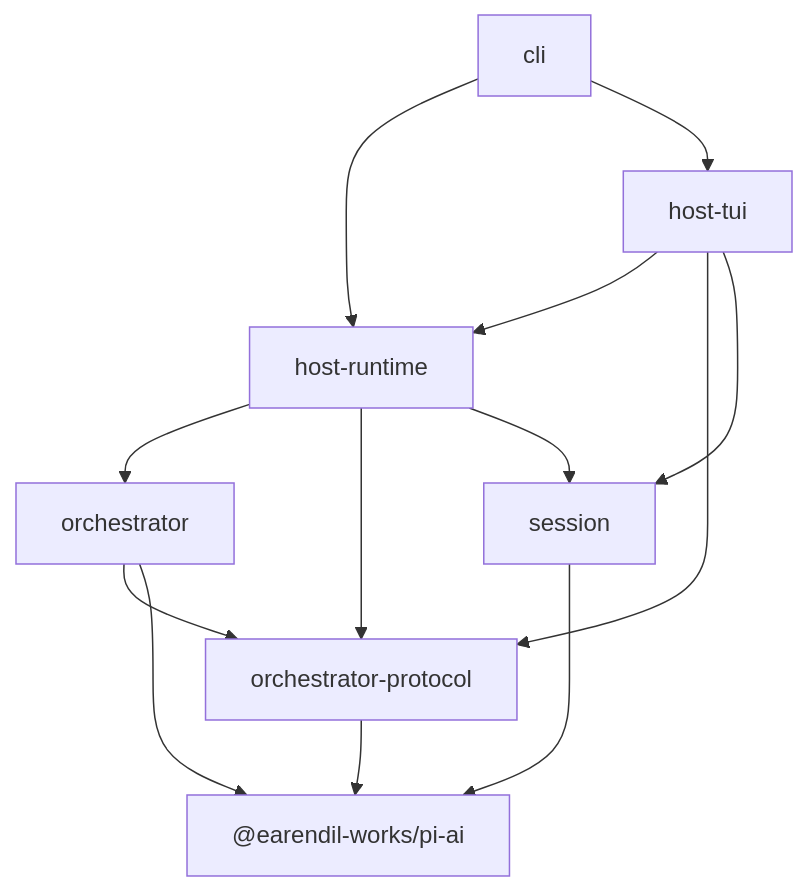
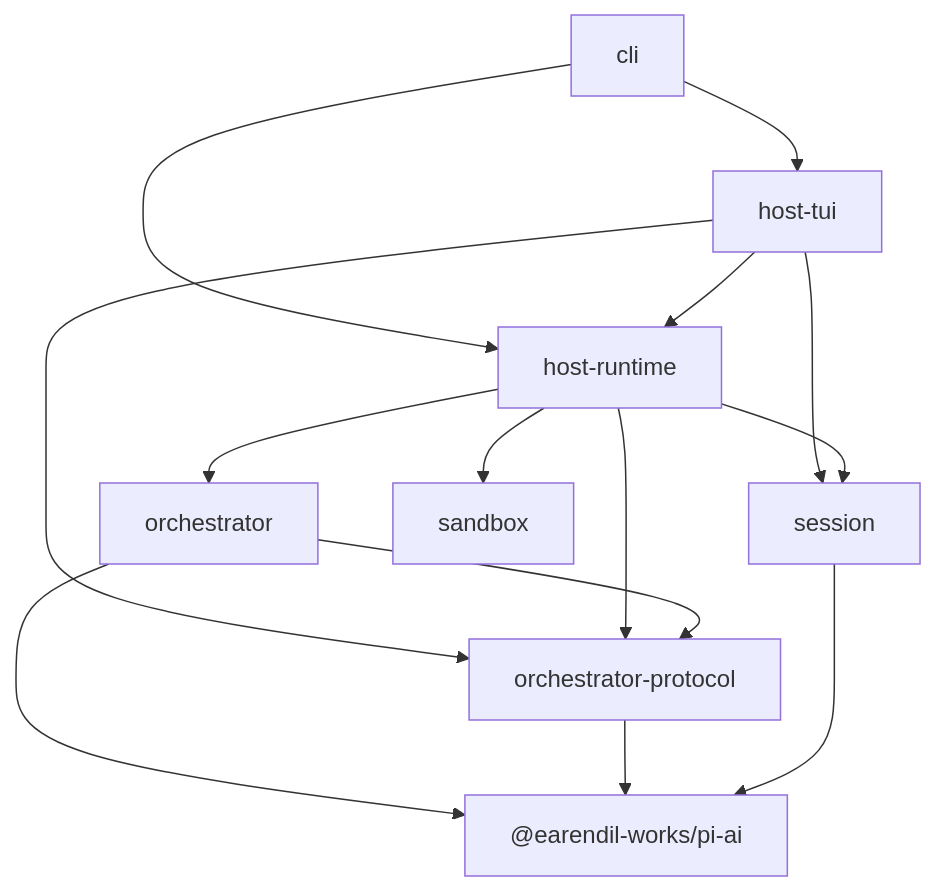
One commit to biuld/piko changed the second of 2 diagrams in README.md. Above: the diagram before and after it, drawn with Mermaid. The commit also changed other lines of this file and 10 other files, not shown here.

````diff
--- a/README.md
+++ b/README.md
@@ -113,23 +115,25 @@
 ```mermaid
 graph TD
   pi_ai["@earendil-works/pi-ai"]
   protocol["orchestrator-protocol"]
   orchestrator["orchestrator"]
   session["session"]
   host_runtime["host-runtime"]
   host_tui["host-tui"]
   cli["cli"]
+  sandbox["sandbox"]
 
   cli --> host_runtime
   cli --> host_tui
   host_tui --> host_runtime
   host_tui --> protocol
   host_tui --> session
   host_runtime --> orchestrator
   host_runtime --> protocol
   host_runtime --> session
   orchestrator --> protocol
   orchestrator --> pi_ai
+  host_runtime --> sandbox
   protocol --> pi_ai
   session --> pi_ai
 ```
````
